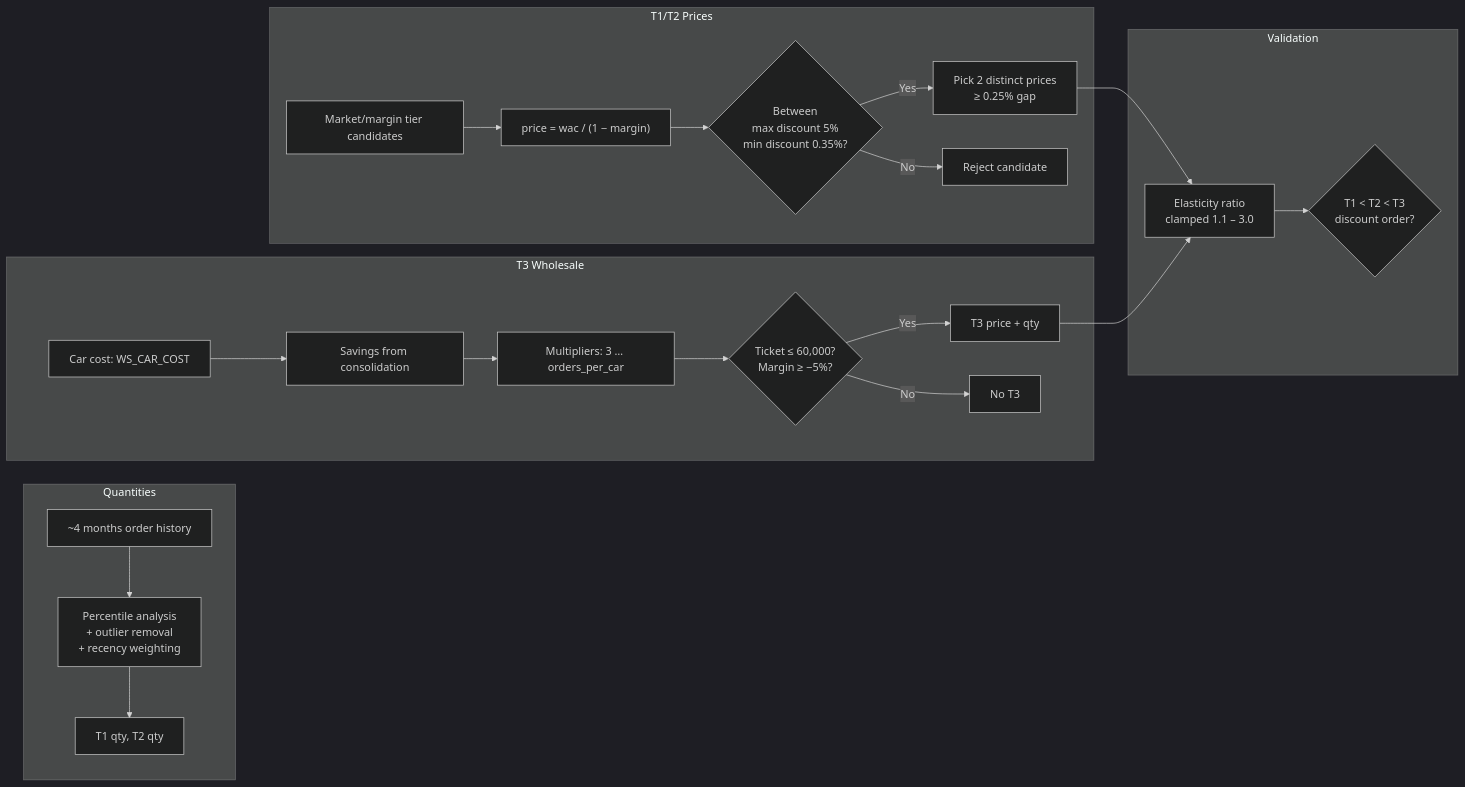
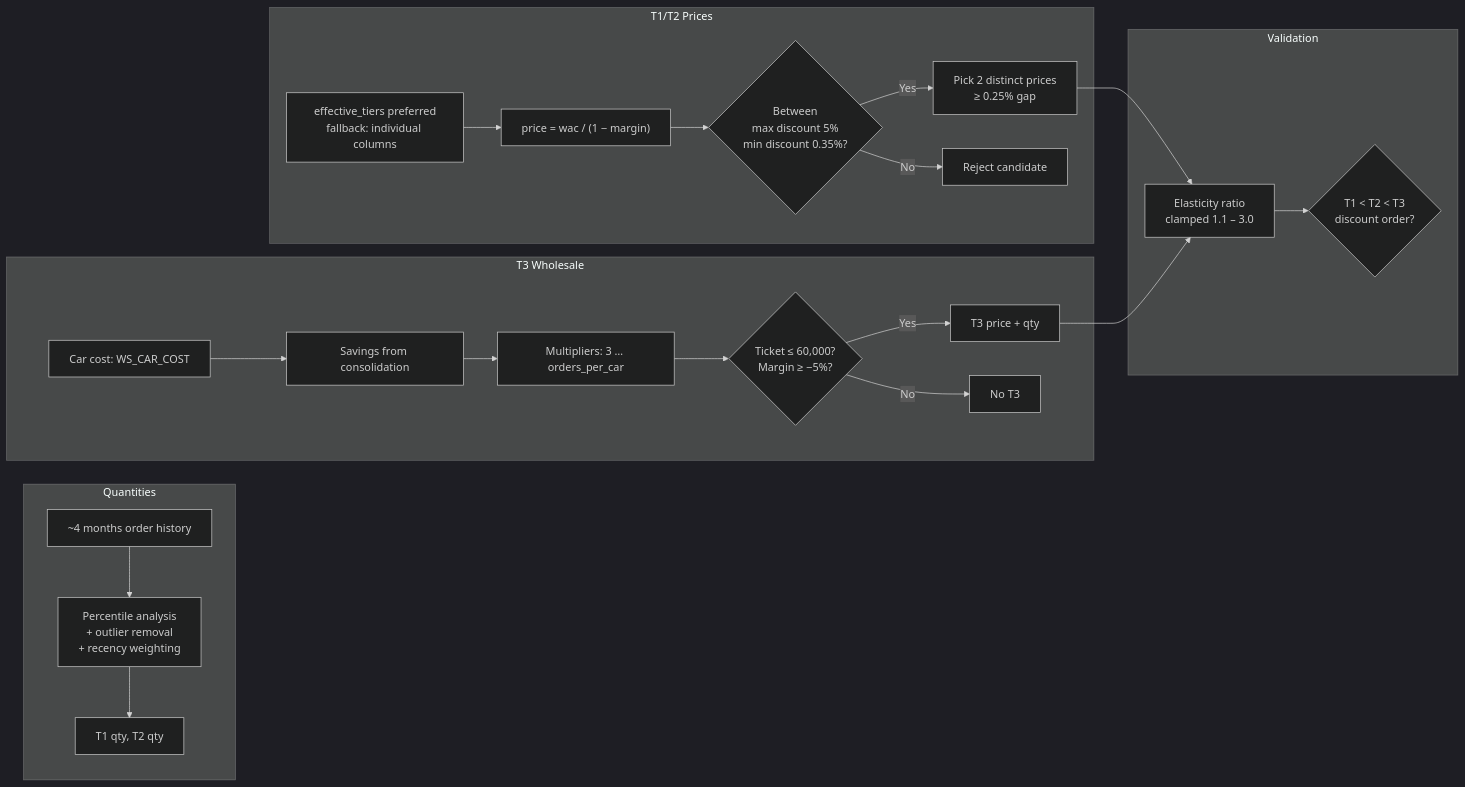
Before and after one commit to Maxab-Growth/Mustafa: the second of 2 diagrams in docs/qd_handler.md, drawn with Mermaid (dark theme). The commit also changed other lines of this file and 9 other files, not shown here.

````diff
--- a/docs/qd_handler.md
+++ b/docs/qd_handler.md
@@ -45,28 +45,28 @@
 ```mermaid
 flowchart LR
     subgraph Quantities
         A["~4 months order history"] --> B["Percentile analysis\n+ outlier removal\n+ recency weighting"]
         B --> C["T1 qty, T2 qty"]
     end
 
     subgraph "T1/T2 Prices"
-        D["Market/margin tier candidates"] --> E["price = wac / (1 − margin)"]
+        D["effective_tiers preferred\nfallback: individual columns"] --> E["price = wac / (1 − margin)"]
         E --> F{"Between\nmax discount 5%\nmin discount 0.35%?"}
         F -- Yes --> G["Pick 2 distinct prices\n≥ 0.25% gap"]
         F -- No --> H[Reject candidate]
     end
 
     subgraph "T3 Wholesale"
         I["Car cost: WS_CAR_COST"] --> J["Savings from consolidation"]
         J --> K["Multipliers: 3 … orders_per_car"]
         K --> L{"Ticket ≤ 60,000?\nMargin ≥ −5%?"}
         L -- Yes --> M[T3 price + qty]
         L -- No --> N[No T3]
     end
 
     subgraph Validation
         G --> O["Elasticity ratio\nclamped 1.1 – 3.0"]
         M --> O
         O --> P{"T1 < T2 < T3\ndiscount order?"}
     end
 ```
````
